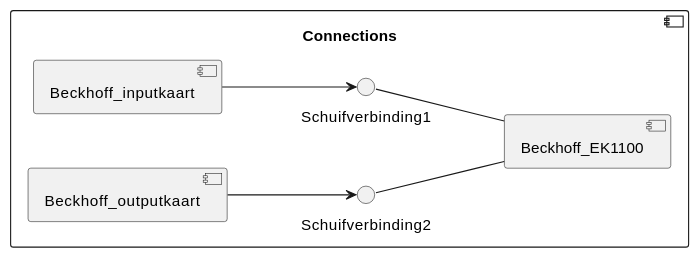
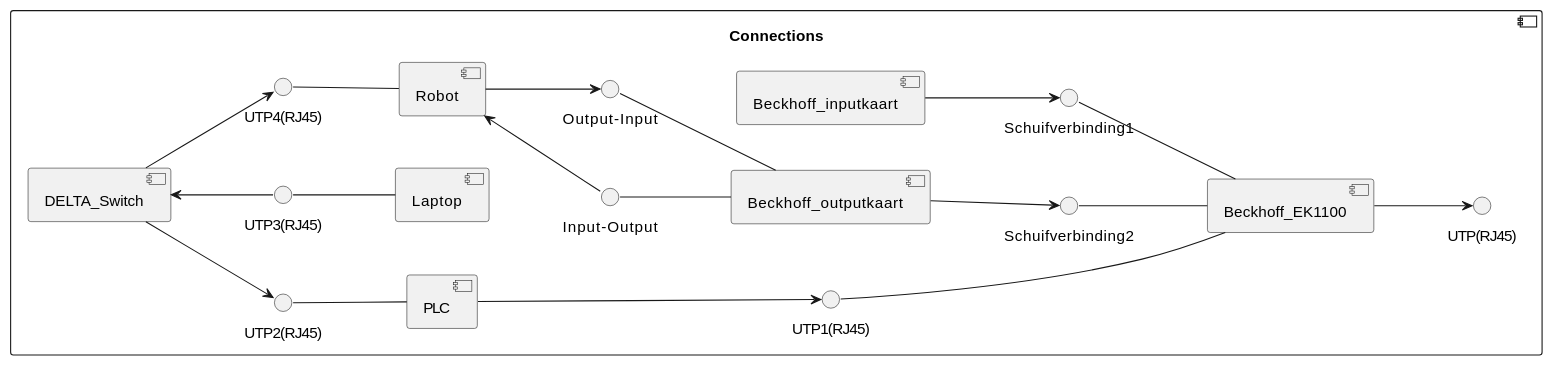
Before and after one commit to Timon14kraan/Project-Proces-and-Safety: the diagram in src/Connections.md, drawn with PlantUML. The commit also changed 5 other files, not shown here.

````diff
--- a/src/Connections.md
+++ b/src/Connections.md
@@ -2,22 +2,50 @@
 ```plantuml
 @startuml conncections
 skinparam backgroundColor transparent
 left to right direction
 'skinparam linetype ortho
 
 component Connections {
     
     [Beckhoff_EK1100]
     () "Schuifverbinding1" -- Beckhoff_EK1100
     () "Schuifverbinding2" -- Beckhoff_EK1100
- 
+    () "UTP1(RJ45)" -- Beckhoff_EK1100
+    Beckhoff_EK1100 --> "UTP(RJ45)"
+    
+    [PLC]
+    () "UTP2(RJ45)" -- PLC
+    PLC --> "UTP1(RJ45)"
+
     [Beckhoff_inputkaart]
     Beckhoff_inputkaart --> "Schuifverbinding1"
 
     [Beckhoff_outputkaart]
+    () "Input-Output" -- Beckhoff_outputkaart
+     () "Output-Input" -- Beckhoff_outputkaart
     Beckhoff_outputkaart --> "Schuifverbinding2"
+
+    [DELTA_Switch]
+    DELTA_Switch --> "UTP2(RJ45)"
+    DELTA_Switch <-- "UTP3(RJ45)"
+    DELTA_Switch --> "UTP4(RJ45)"
+
+    [Laptop]
+    () "UTP3(RJ45)" -- Laptop
+
+    [Robot]
+    () "UTP4(RJ45)" -- Robot
+    Robot <-- "Input-Output"
+    Robot --> "Output-Input"
 
 }
 
+
+
+
+
+
+
+
 @enduml
 ```
````
